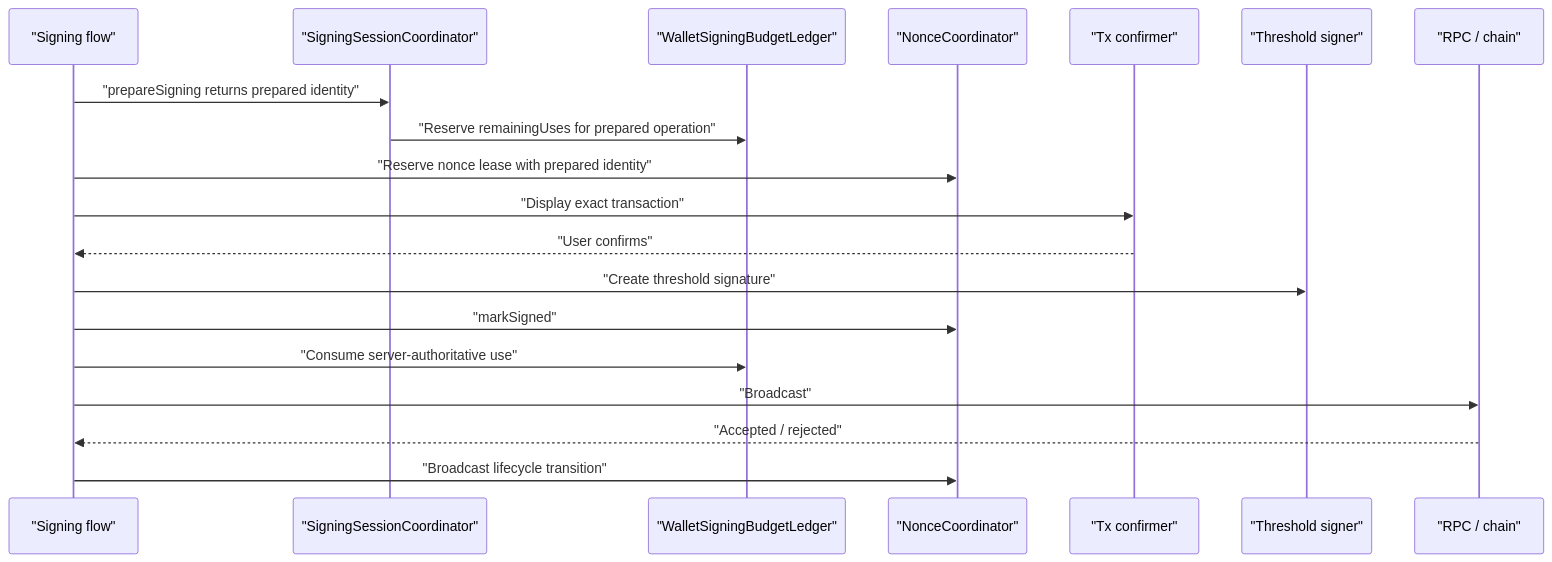
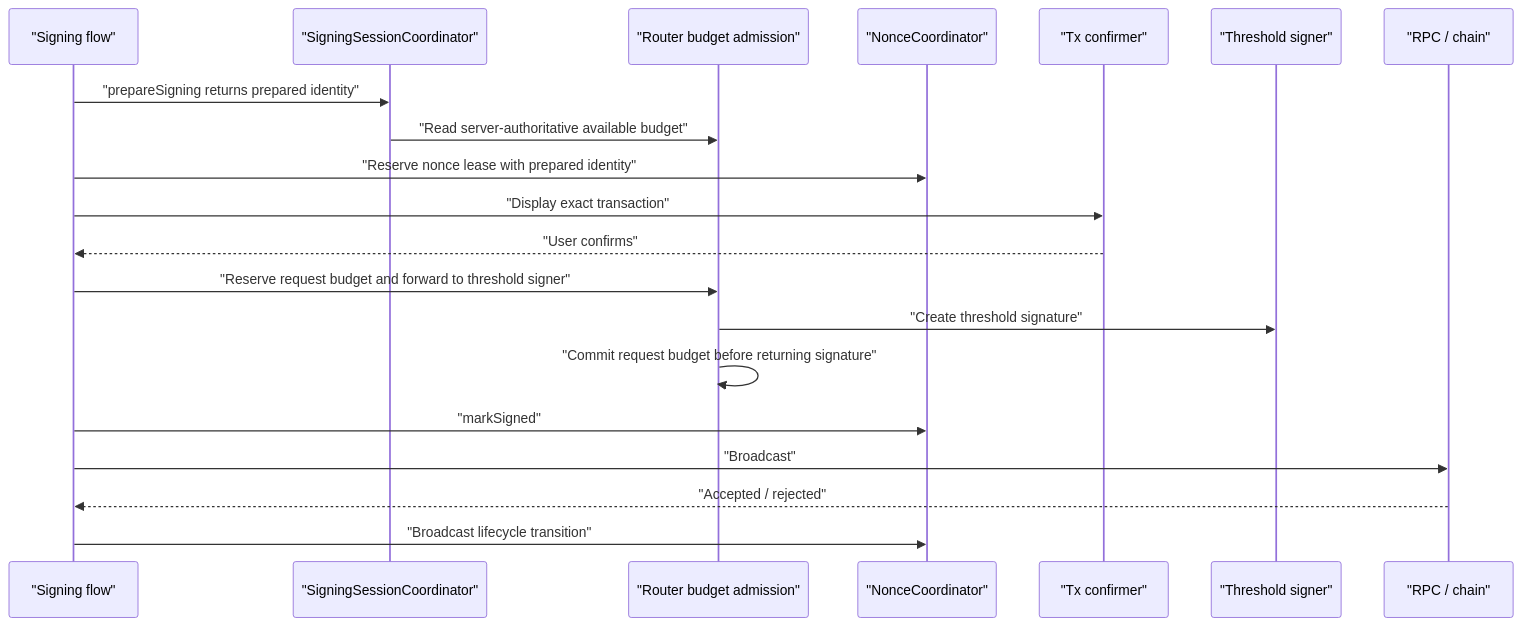
One commit to seams-tech/seams-sdk changed the fourth of 4 diagrams in docs/refactor-27-nonce-coordinator.md. Above: the diagram before and after it, drawn with Mermaid. The commit also changed other lines of this file and 53 other files, not shown here.

````diff
--- a/docs/refactor-27-nonce-coordinator.md
+++ b/docs/refactor-27-nonce-coordinator.md
@@ -393,22 +393,23 @@
 ```mermaid
 sequenceDiagram
   participant Flow as "Signing flow"
   participant Session as "SigningSessionCoordinator"
-  participant Budget as "WalletSigningBudgetLedger"
+  participant Router as "Router budget admission"
   participant Nonce as "NonceCoordinator"
   participant Confirm as "Tx confirmer"
   participant Signer as "Threshold signer"
   participant Chain as "RPC / chain"
 
   Flow->>Session: "prepareSigning returns prepared identity"
-  Session->>Budget: "Reserve remainingUses for prepared operation"
+  Session->>Router: "Read server-authoritative available budget"
   Flow->>Nonce: "Reserve nonce lease with prepared identity"
   Flow->>Confirm: "Display exact transaction"
   Confirm-->>Flow: "User confirms"
-  Flow->>Signer: "Create threshold signature"
+  Flow->>Router: "Reserve request budget and forward to threshold signer"
+  Router->>Signer: "Create threshold signature"
+  Router->>Router: "Commit request budget before returning signature"
   Flow->>Nonce: "markSigned"
-  Flow->>Budget: "Consume server-authoritative use"
   Flow->>Chain: "Broadcast"
   Chain-->>Flow: "Accepted / rejected"
   Flow->>Nonce: "Broadcast lifecycle transition"
 ```
````
